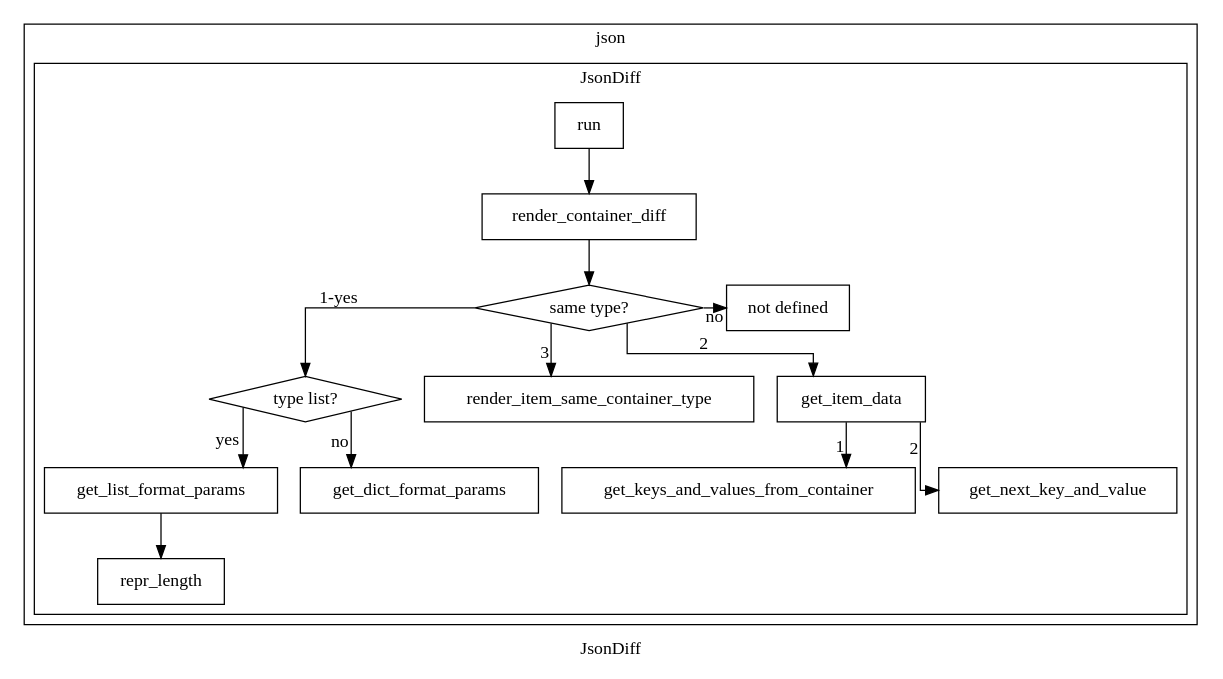
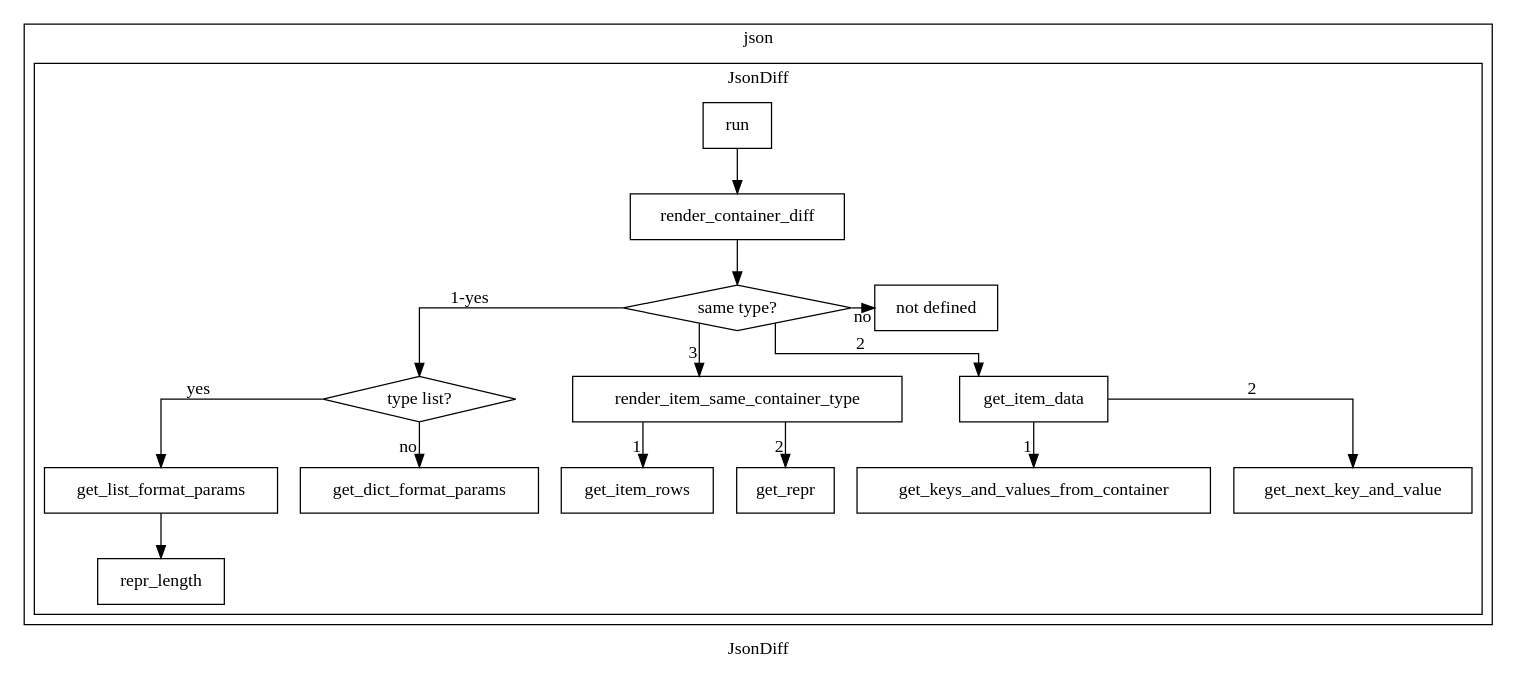
Before and after one commit to jocassid/jocassid-commons: the diagram in docs/JsonDiff.dot, drawn with Graphviz. The commit also changed 3 other files, not shown here.

```diff
--- a/docs/JsonDiff.dot
+++ b/docs/JsonDiff.dot
@@ -1,44 +1,47 @@
 digraph JsonDiff{
   node [shape="rectangle"];
   label="JsonDiff";
   splines="ortho";
   subgraph cluster_json{
     label="json";
     subgraph cluster_JsonDiff{
       label="JsonDiff"
       run;
       render_container_diff;
       {
         rank="same";
 				same_type[label="same type?" shape="diamond"];
 				not_defined[label="not defined"];
 			}
       type_list[label="type list?" shape="diamond"];
       get_list_format_params;
       get_dict_format_params;
       repr_length;
       render_item_same_container_type;
       get_item_data;
       get_keys_and_values_from_container;
+      get_item_rows;
+      get_repr
 
       run -> render_container_diff;
       render_container_diff -> same_type;
 
       same_type -> type_list[xlabel="1-yes"];
       same_type -> not_defined[xlabel="no"];
       same_type -> get_item_data[xlabel="2"];
       same_type -> render_item_same_container_type[xlabel="3"];
 
       type_list -> get_list_format_params[xlabel="yes"];
       type_list -> get_dict_format_params[xlabel="no"];
 
       get_item_data -> get_keys_and_values_from_container[xlabel="1"];
       get_item_data -> get_next_key_and_value[xlabel="2"];
 
       get_list_format_params-> repr_length;
 
-      render_item_same_container_type;
+      render_item_same_container_type -> get_item_rows[xlabel="1"];
+      render_item_same_container_type -> get_repr[xlabel="2"];
 
     }
   }
 }
```
